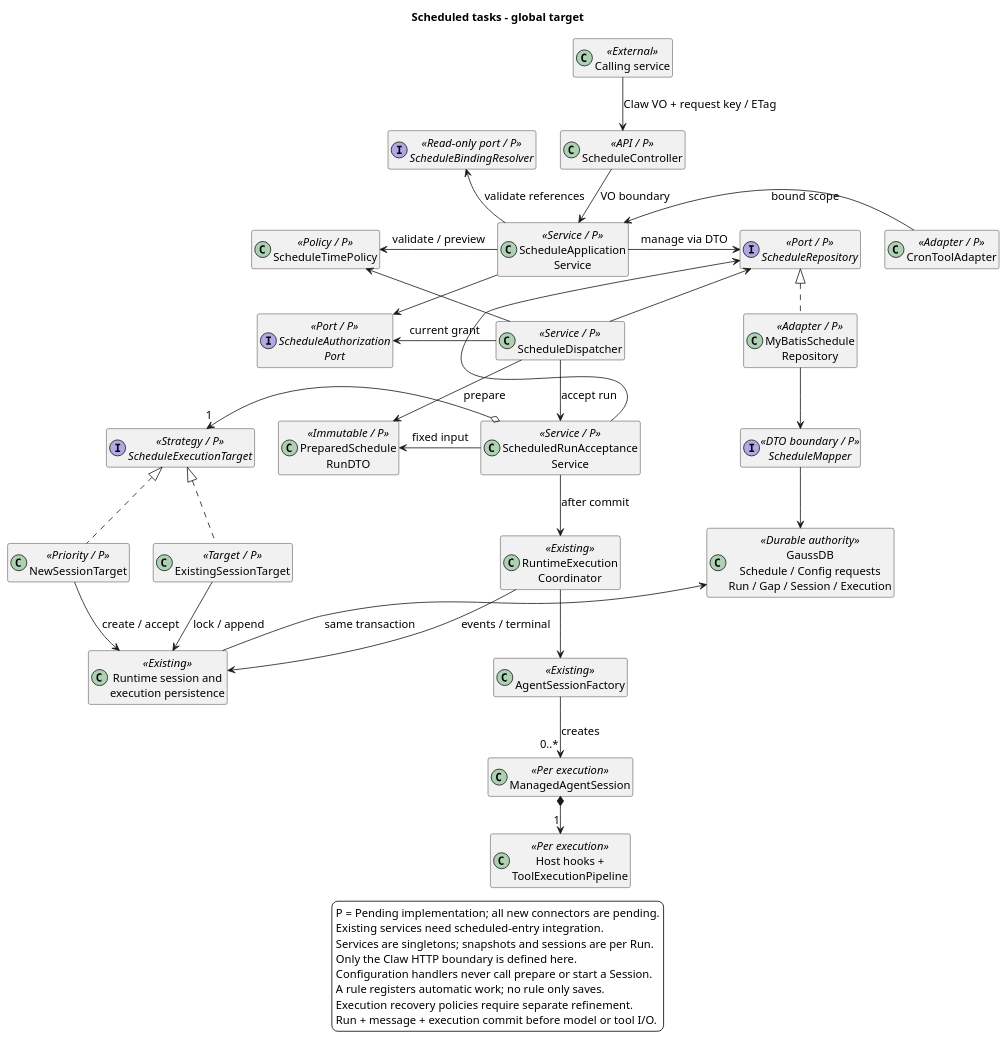
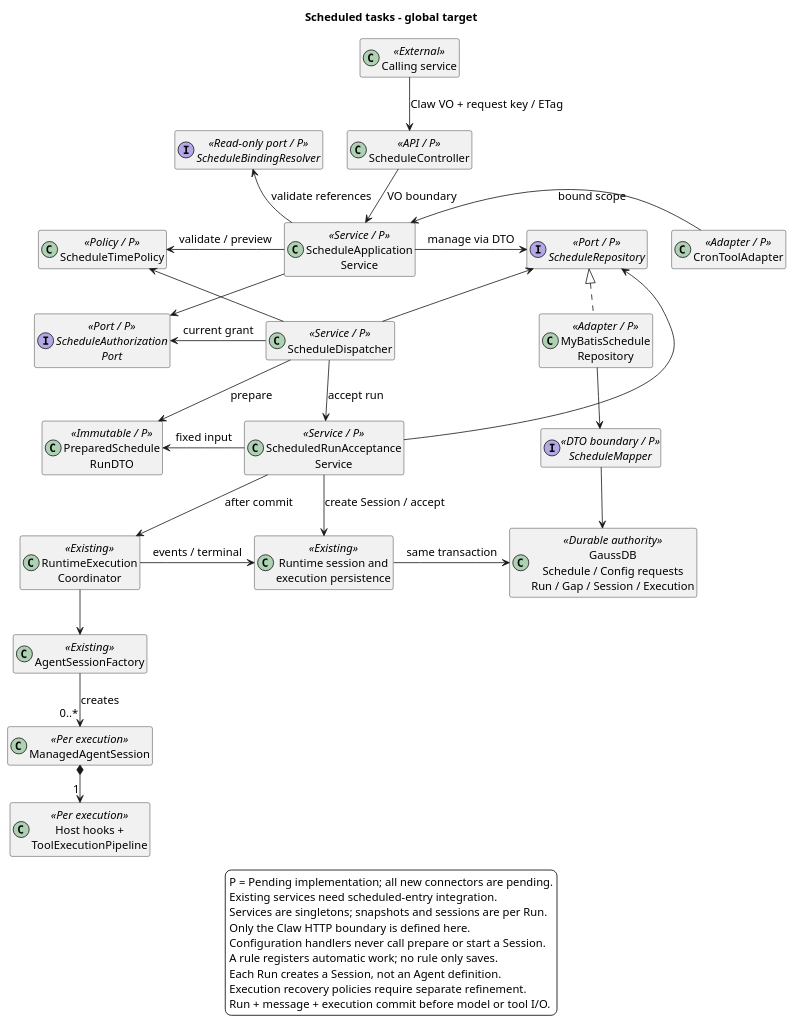
The second of 3 diagrams in 01-总体架构/08-CampusClaw定时任务/diagram.puml (ssm0808/pi-mono-java-design), drawn with PlantUML before and after one commit. The commit also changed 9 other files, not shown here.

Commit message:
docs(schedule): use a new session for every run

```diff
--- a/01-总体架构/08-CampusClaw定时任务/diagram.puml
+++ b/01-总体架构/08-CampusClaw定时任务/diagram.puml
@@ -53,80 +53,76 @@
 @startuml scheduled_task_architecture
-' Baseline: Claude Deployment / Run / Session, checked 2026-09-29, Beta.
+' Baseline: Claude Deployment / Run / Session, checked 2026-10-04, Beta.
 ' Source: modules/cron/src/main/java/com/campusclaw/cron/CronService.java createJob and triggerJob.
 ' Source: modules/coding-agent-cli/src/main/java/com/campusclaw/codingagent/tool/cron/ManagedCronSessionRunner.java execute.
 ' Source: modules/coding-agent-cli/src/main/java/com/campusclaw/codingagent/runtimeapi/event/RuntimeExecutionCoordinator.java start and commitTerminal.
 ' Source: modules/coding-agent-cli/src/main/java/com/campusclaw/codingagent/session/AgentSessionFactory.java create.
 ' Java baseline: 553dcd5e2ff682f9684810a043b442b37a02e54a.
 ' Design reason: preserve API, service, policy, adapter, runtime and durable boundaries.
+' Product constraint: every Run creates a new Session using the bound Agent definition.
+' Architecture change: one acceptance path; no existing-session target strategy.
 ' Architecture change: every P node and every connector is Pending implementation.
 title Scheduled tasks - global target
 skinparam backgroundColor white
 skinparam defaultFontSize 14
 skinparam classAttributeIconSize 0
 skinparam nodesep 30
 skinparam ranksep 45
 hide empty members
 class "Calling service" as Caller <<External>>
 class "ScheduleController" as Api <<API / P>>
 class "CronToolAdapter" as Tool <<Adapter / P>>
 class "ScheduleApplication\nService" as App <<Service / P>>
 class "ScheduleDispatcher" as Dispatch <<Service / P>>
 interface "ScheduleAuthorization\nPort" as Auth <<Port / P>>
 interface "ScheduleBindingResolver" as Binding <<Read-only port / P>>
 class "ScheduleTimePolicy" as Time <<Policy / P>>
 class "PreparedSchedule\nRunDTO" as Snapshot <<Immutable / P>>
 interface "ScheduleRepository" as Repo <<Port / P>>
 class "MyBatisSchedule\nRepository" as RepoImpl <<Adapter / P>>
 interface "ScheduleMapper" as Mapper <<DTO boundary / P>>
 class "GaussDB\nSchedule / Config requests\nRun / Gap / Session / Execution" as Db <<Durable authority>>
 class "ScheduledRunAcceptance\nService" as Accept <<Service / P>>
-interface "ScheduleExecutionTarget" as Target <<Strategy / P>>
-class "NewSessionTarget" as New <<Priority / P>>
-class "ExistingSessionTarget" as Existing <<Target / P>>
 class "Runtime session and\nexecution persistence" as Persist <<Existing>>
 class "RuntimeExecution\nCoordinator" as Coordinator <<Existing>>
 class "AgentSessionFactory" as Factory <<Existing>>
 class "ManagedAgentSession" as Session <<Per execution>>
 class "Host hooks +\nToolExecutionPipeline" as Pipeline <<Per execution>>
 Caller -down-> Api : Claw VO + request key / ETag
 Api -down-> App : VO boundary
 Tool -left-> App : bound scope
 App -down[hidden]-> Dispatch
 Time -down[hidden]-> Auth
 Auth -down[hidden]-> Snapshot
 App -left-> Time : validate / preview
 App -right-> Repo : manage via DTO
 App -[norank]-> Auth
 App -up-> Binding : validate references
 Dispatch -down-> Accept : accept run
 Dispatch -left-> Auth : current grant
 Dispatch -[norank]-> Time
 Dispatch -[norank]-> Repo
 Dispatch -[norank]-> Snapshot : prepare
 Accept -left-> Snapshot : fixed input
 Accept -[norank]-> Repo
 Repo <|.. RepoImpl
 RepoImpl -down-> Mapper
 Mapper -down-> Db
-Accept o-left-> "1" Target
-Target <|.. New
-Target <|.. Existing
-New -down-> Persist : create / accept
-Existing -down-> Persist : lock / append
+Accept -down-> Persist : create Session / accept
 Persist -[norank]-> Db : same transaction
 Accept -down-> Coordinator : after commit
 Coordinator -[norank]-> Persist : events / terminal
 Coordinator -down-> Factory
 Factory -down-> "0..*" Session : creates
 Session *-down-> "1" Pipeline
 legend bottom
   P = Pending implementation; all new connectors are pending.
   Existing services need scheduled-entry integration.
   Services are singletons; snapshots and sessions are per Run.
   Only the Claw HTTP boundary is defined here.
   Configuration handlers never call prepare or start a Session.
   A rule registers automatic work; no rule only saves.
+  Each Run creates a Session, not an Agent definition.
   Execution recovery policies require separate refinement.
   Run + message + execution commit before model or tool I/O.
 endlegend
 @enduml
```
